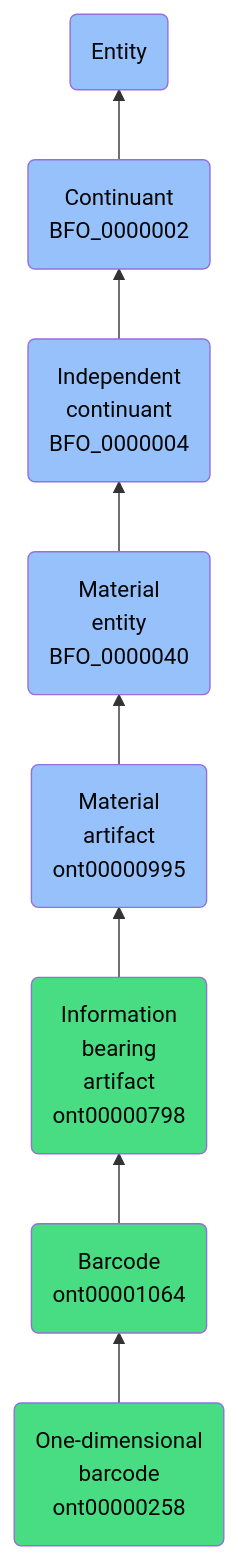
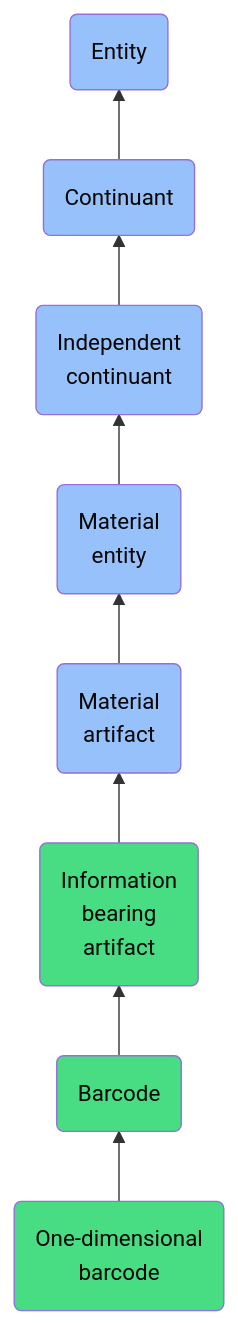
The diagram in docs/ontology/reference/model/Entity/Continuant/Independent continuant/Material entity/Material artifact/Information bearing artifact/Barcode/One-dimensional barcode/One-dimensional barcode.md (jupyter-naas/abi), drawn with Mermaid before and after one commit. The commit also changed other lines of this file and 1430 other files, not shown here.

````diff
--- a/docs/ontology/reference/model/Entity/Continuant/Independent continuant/Material entity/Material artifact/Information bearing artifact/Barcode/One-dimensional barcode/One-dimensional barcode.md
+++ b/docs/ontology/reference/model/Entity/Continuant/Independent continuant/Material entity/Material artifact/Information bearing artifact/Barcode/One-dimensional barcode/One-dimensional barcode.md
@@ -24,15 +24,15 @@
 ```mermaid
 graph BT
-    ont00000258(One-dimensional<br>barcode<br>ont00000258):::ABI-->ont00001064
-    ont00001064(Barcode<br>ont00001064):::ABI-->ont00000798
-    ont00000798(Information<br>bearing<br>artifact<br>ont00000798):::ABI-->ont00000995
-    ont00000995(Material<br>artifact<br>ont00000995):::BFO-->BFO_0000040
-    BFO_0000040(Material<br>entity<br>BFO_0000040):::BFO-->BFO_0000004
-    BFO_0000004(Independent<br>continuant<br>BFO_0000004):::BFO-->BFO_0000002
-    BFO_0000002(Continuant<br>BFO_0000002):::BFO-->BFO_0000001
+    ont00000258(One-dimensional<br>barcode):::ABI-->ont00001064
+    ont00001064(Barcode):::ABI-->ont00000798
+    ont00000798(Information<br>bearing<br>artifact):::ABI-->ont00000995
+    ont00000995(Material<br>artifact):::BFO-->BFO_0000040
+    BFO_0000040(Material<br>entity):::BFO-->BFO_0000004
+    BFO_0000004(Independent<br>continuant):::BFO-->BFO_0000002
+    BFO_0000002(Continuant):::BFO-->BFO_0000001
     BFO_0000001(Entity):::BFO
     
     classDef BFO fill:#97c1fb,color:#060606
     classDef CCO fill:#e4c51e,color:#060606
     classDef ABI fill:#48DD82,color:#060606
 ```
````
